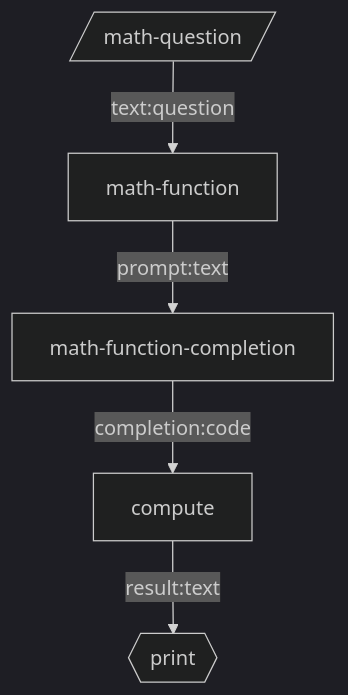
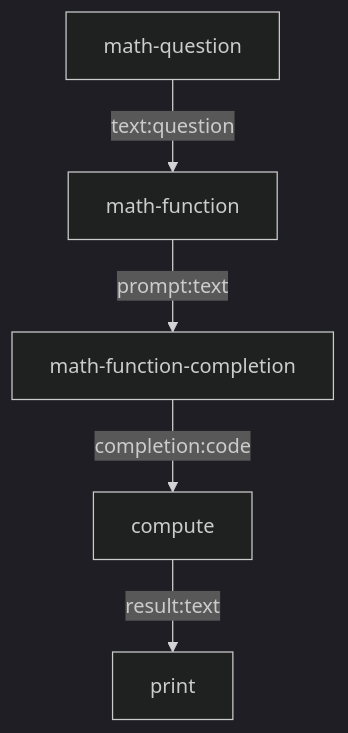
The diagram in seeds/graph-playground/docs/graphs/math.md (breadboard-ai/breadboard), drawn with Mermaid (dark theme) before and after one commit. The commit also changed 22 other files, not shown here.

First line of the commit message:
[graph-playground] Renaming input and output.

````diff
--- a/seeds/graph-playground/docs/graphs/math.md
+++ b/seeds/graph-playground/docs/graphs/math.md
@@ -4,7 +4,7 @@
 ```mermaid
 graph TD;
-math-question[/math-question/] -- text:question --> math-function
+math-question -- text:question --> math-function
 math-function -- prompt:text --> math-function-completion
 math-function-completion -- completion:code --> compute
-compute -- result:text --> print{{print}}
+compute -- result:text --> print
 ```
````
